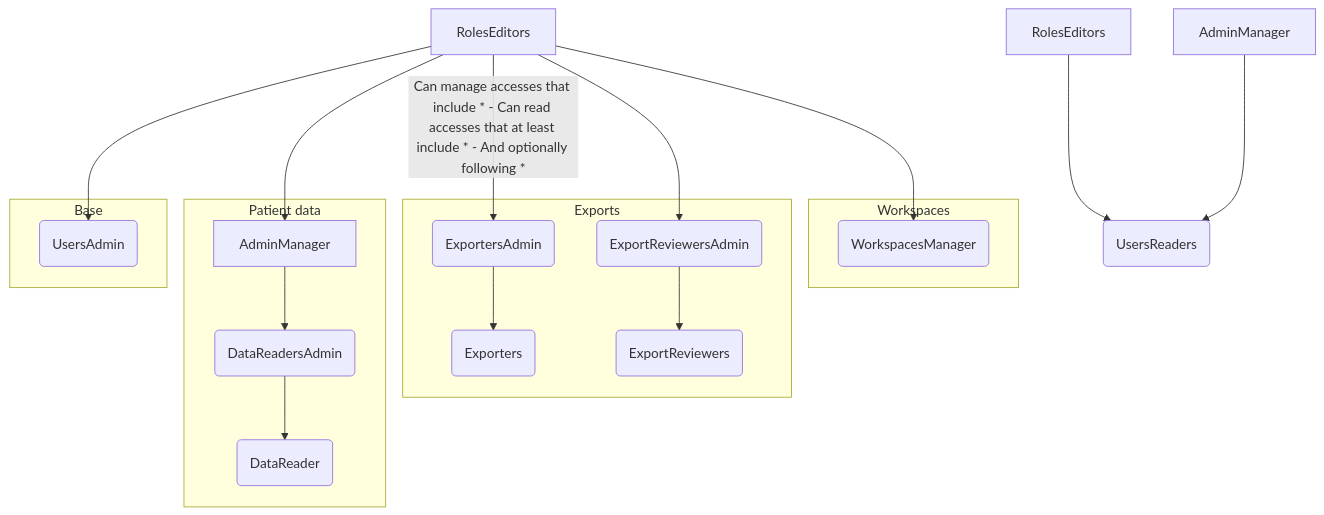
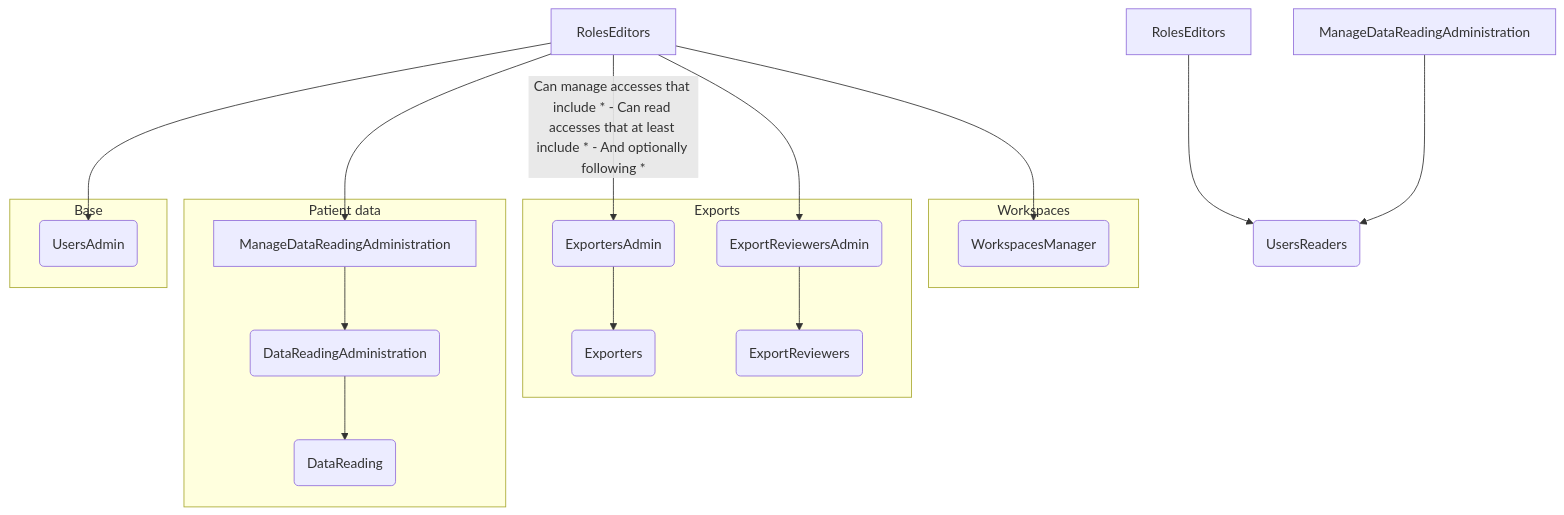
Before and after one commit to aphp/Cohort360-Back-end: the second of 17 diagrams in accesses/rights_schema.md, drawn with Mermaid. The commit also changed other lines of this file and 1 other file, not shown here.

````diff
--- a/accesses/rights_schema.md
+++ b/accesses/rights_schema.md
@@ -71,44 +71,44 @@
 ```mermaid
   graph TD
       A[RolesEditors]
-      B[AdminManager]
-      C(DataReadersAdmin)
-      D(DataReader)
+      B[ManageDataReadingAdministration]
+      C(DataReadingAdministration)
+      D(DataReading)
 
       I(ExportersAdmin)
       J(Exporters)
 
       M(ExportReviewersAdmin)
       N(ExportReviewers)
 
       U(WorkspacesManager)
       Y(UsersAdmin)
 
       A-->Y
       subgraph "Base"
       Y
       end
 
       A-->B
       subgraph "Patient data"
       B-->C
       C-->D      
       end
 
       A-- Can manage accesses that include * - Can read accesses that at least include * - And optionally following * -->I
       A--> M
       subgraph "Exports"
       M-->N
       I-->J
       end
 
       A-->U
       subgraph "Workspaces"
       U
       end
 
       
       Z2(UsersReaders)
       A2[RolesEditors]-->Z2
-      B2[AdminManager]-->Z2
+      B2[ManageDataReadingAdministration]-->Z2
 ```
````
